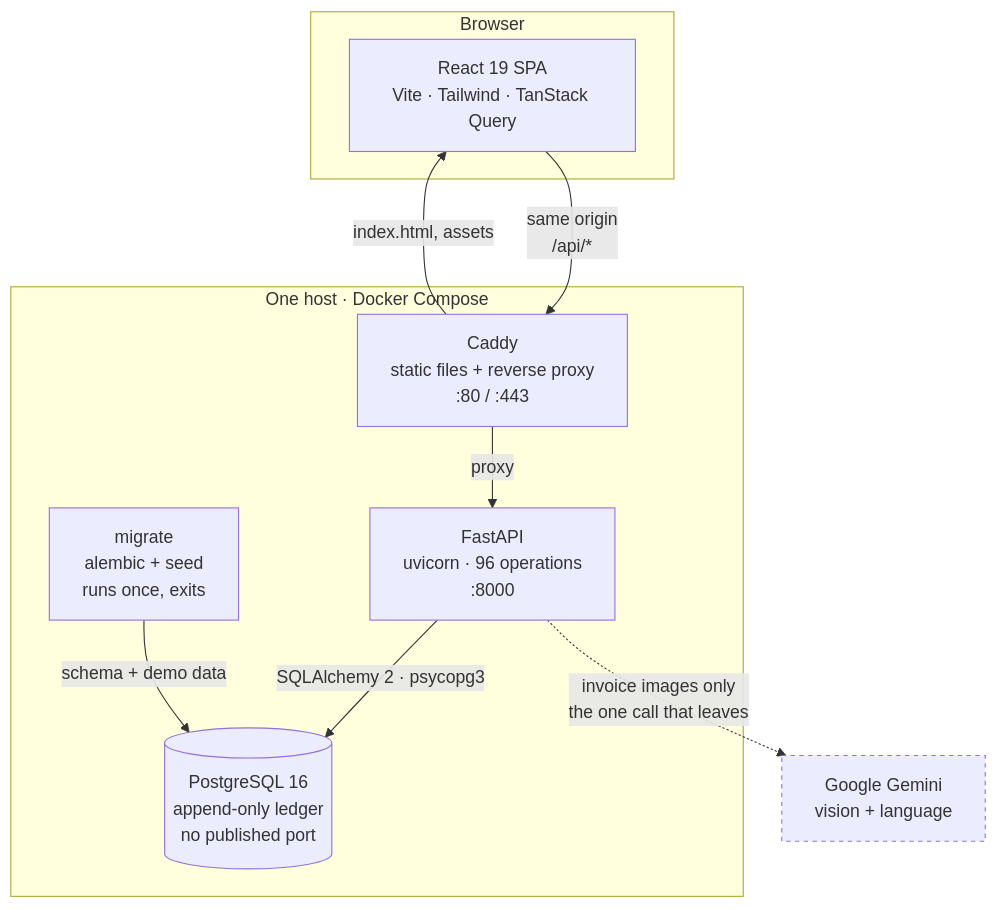
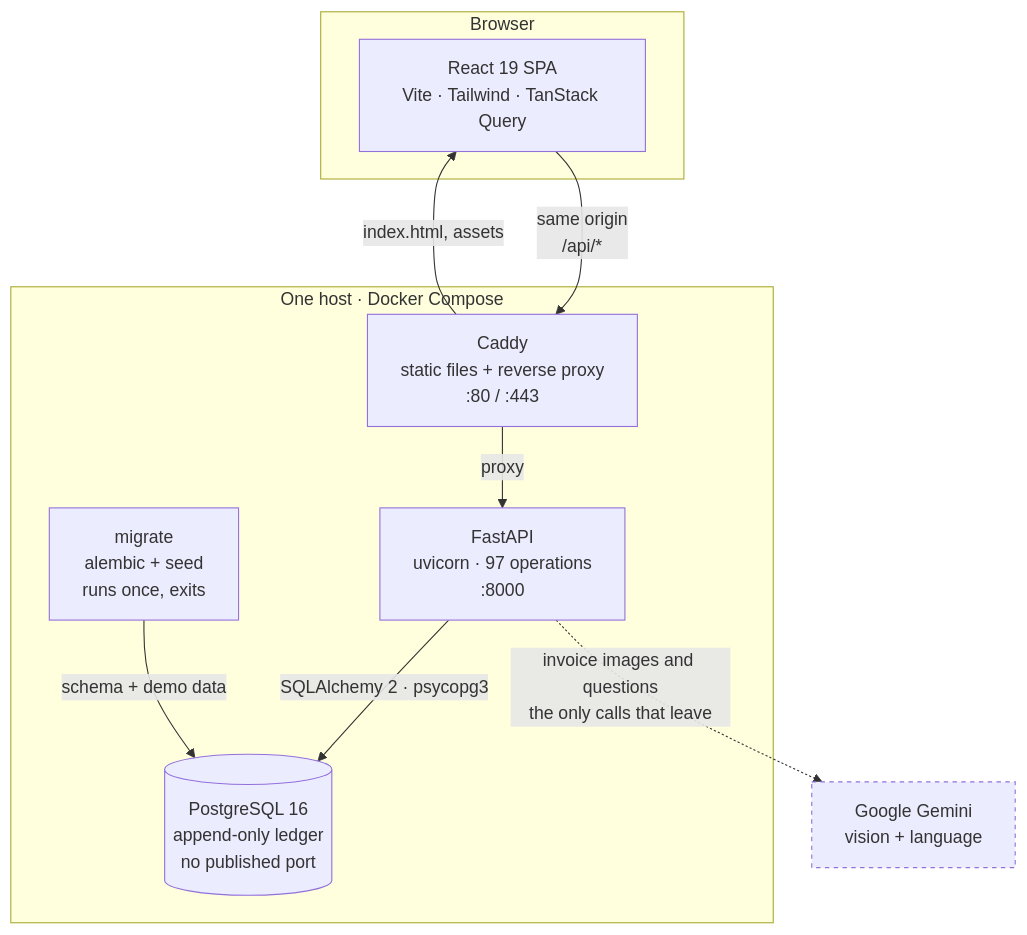
The first of 7 diagrams in docs/ARCHITECTURE.md (Sadhna2/pharmacy_inventory_managment_system), drawn with Mermaid before and after one commit. The commit also changed other lines of this file and 13 other files, not shown here.

````diff
--- a/docs/ARCHITECTURE.md
+++ b/docs/ARCHITECTURE.md
@@ -11,24 +11,24 @@
 ```mermaid
 flowchart TB
     subgraph browser["Browser"]
         SPA["React 19 SPA<br/>Vite · Tailwind · TanStack Query"]
     end
 
     subgraph host["One host · Docker Compose"]
         CADDY["Caddy<br/>static files + reverse proxy<br/>:80 / :443"]
-        API["FastAPI<br/>uvicorn · 96 operations<br/>:8000"]
+        API["FastAPI<br/>uvicorn · 97 operations<br/>:8000"]
         DB[("PostgreSQL 16<br/>append-only ledger<br/>no published port")]
         MIG["migrate<br/>alembic + seed<br/>runs once, exits"]
     end
 
     GEM["Google Gemini<br/>vision + language"]
 
     SPA -->|"same origin<br/>/api/*"| CADDY
     CADDY -->|"proxy"| API
     CADDY -->|"index.html, assets"| SPA
     API -->|"SQLAlchemy 2 · psycopg3"| DB
     MIG -->|"schema + demo data"| DB
-    API -.->|"invoice images only<br/>the one call that leaves"| GEM
+    API -.->|"invoice images and questions<br/>the only calls that leave"| GEM
 
     style GEM stroke-dasharray: 4 4
 ```
````
